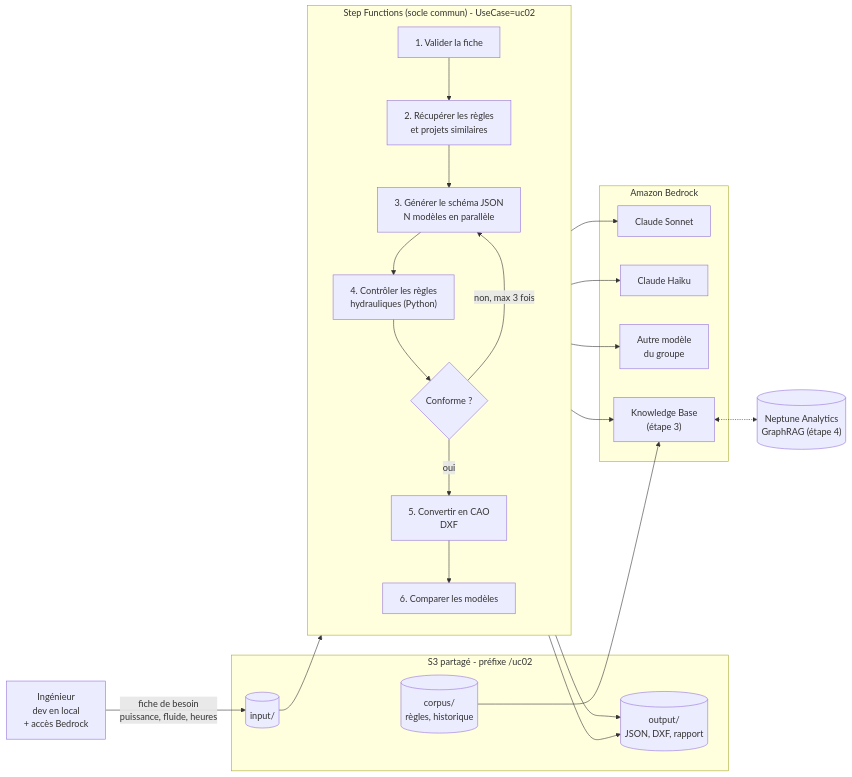
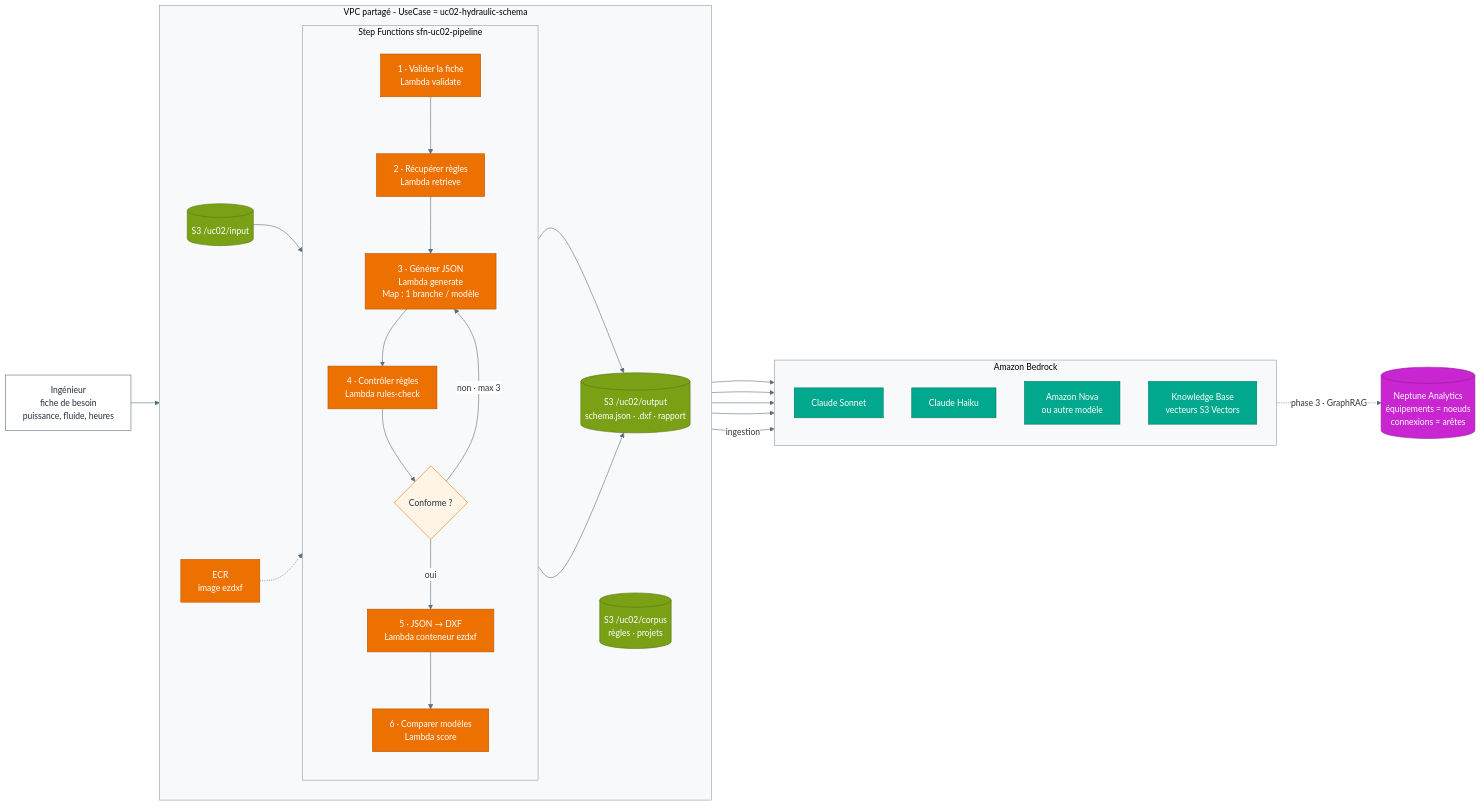
One commit to aymane-benchhab/aymane-benchhab changed the diagram in docs/diagrams/02-besoin2-schema-hydraulique.mmd. Above: the diagram before and after it, drawn with Mermaid. The commit also changed 11 other files, not shown here.

First line of the commit message:
Add per-need resources and benchmark doc with restyled diagrams

```diff
--- a/docs/diagrams/02-besoin2-schema-hydraulique.mmd
+++ b/docs/diagrams/02-besoin2-schema-hydraulique.mmd
@@ -1,39 +1,52 @@
+%%{init: {'theme':'base','themeVariables':{'fontFamily':'Arial','fontSize':'15px','primaryColor':'#ffffff','clusterBkg':'#F7F9FB','clusterBorder':'#8C9BAB','lineColor':'#5A6B7B'}}}%%
 flowchart LR
-  ING["Ingénieur<br/>dev en local<br/>+ accès Bedrock"] -->|"fiche de besoin<br/>puissance, fluide, heures"| IN
+  ING["Ingénieur<br/>fiche de besoin<br/>puissance, fluide, heures"]:::ext
 
-  subgraph S3["S3 partagé  -  préfixe /uc02"]
-    IN[("input/")]
-    COR[("corpus/<br/>règles, historique")]
-    OUT[("output/<br/>JSON, DXF, rapport")]
-  end
+  subgraph VPC["VPC partagé  -  UseCase = uc02-hydraulic-schema"]
+    direction LR
+    IN[("S3 /uc02/input")]:::storage
 
-  subgraph SFN["Step Functions  (socle commun)  -  UseCase=uc02"]
-    direction TB
-    V["1. Valider la fiche"]
-    R["2. Récupérer les règles<br/>et projets similaires"]
-    G["3. Générer le schéma JSON<br/>N modèles en parallèle"]
-    C["4. Contrôler les règles<br/>hydrauliques (Python)"]
-    D{"Conforme ?"}
-    X["5. Convertir en CAO<br/>DXF"]
-    M["6. Comparer les modèles"]
-    V --> R --> G --> C --> D
-    D -->|"non, max 3 fois"| G
-    D -->|"oui"| X --> M
+    subgraph SFN["Step Functions  sfn-uc02-pipeline"]
+      direction TB
+      V["1 · Valider la fiche<br/>Lambda validate"]:::compute
+      R["2 · Récupérer règles<br/>Lambda retrieve"]:::compute
+      G["3 · Générer JSON<br/>Lambda generate<br/>Map : 1 branche / modèle"]:::compute
+      C["4 · Contrôler règles<br/>Lambda rules-check"]:::compute
+      D{"Conforme ?"}:::decision
+      X["5 · JSON → DXF<br/>Lambda conteneur ezdxf"]:::compute
+      M["6 · Comparer modèles<br/>Lambda score"]:::compute
+      V --> R --> G --> C --> D
+      D -- "non · max 3" --> G
+      D -- "oui" --> X --> M
+    end
+
+    OUT[("S3 /uc02/output<br/>schema.json · .dxf · rapport")]:::storage
+    COR[("S3 /uc02/corpus<br/>règles · projets")]:::storage
+    ECR["ECR<br/>image ezdxf"]:::compute
   end
 
   subgraph BR["Amazon Bedrock"]
-    M1["Claude Sonnet"]
-    M2["Claude Haiku"]
-    M3["Autre modèle<br/>du groupe"]
-    KB["Knowledge Base<br/>(étape 3)"]
+    direction TB
+    M1["Claude Sonnet"]:::ai
+    M2["Claude Haiku"]:::ai
+    M3["Amazon Nova<br/>ou autre modèle"]:::ai
+    KB["Knowledge Base<br/>vecteurs S3 Vectors"]:::ai
   end
 
-  NA[("Neptune Analytics<br/>GraphRAG (étape 4)")]
+  NA[("Neptune Analytics<br/>équipements = noeuds<br/>connexions = arêtes")]:::db
 
-  IN --> V
+  ING --> IN --> V
   G --> M1 & M2 & M3
   R --> KB
-  COR --> KB
-  KB <-.-> NA
+  COR -- "ingestion" --> KB
+  KB -. "phase 3 · GraphRAG" .-> NA
   X --> OUT
   M --> OUT
+  ECR -.-> X
+
+  classDef compute fill:#ED7100,stroke:#B35500,color:#fff
+  classDef ai fill:#01A88D,stroke:#017A66,color:#fff
+  classDef db fill:#C925D1,stroke:#8F1A95,color:#fff
+  classDef storage fill:#7AA116,stroke:#577311,color:#fff
+  classDef ext fill:#ffffff,stroke:#5A6B7B,color:#232F3E
+  classDef decision fill:#FFF4E5,stroke:#ED7100,color:#232F3E
```
